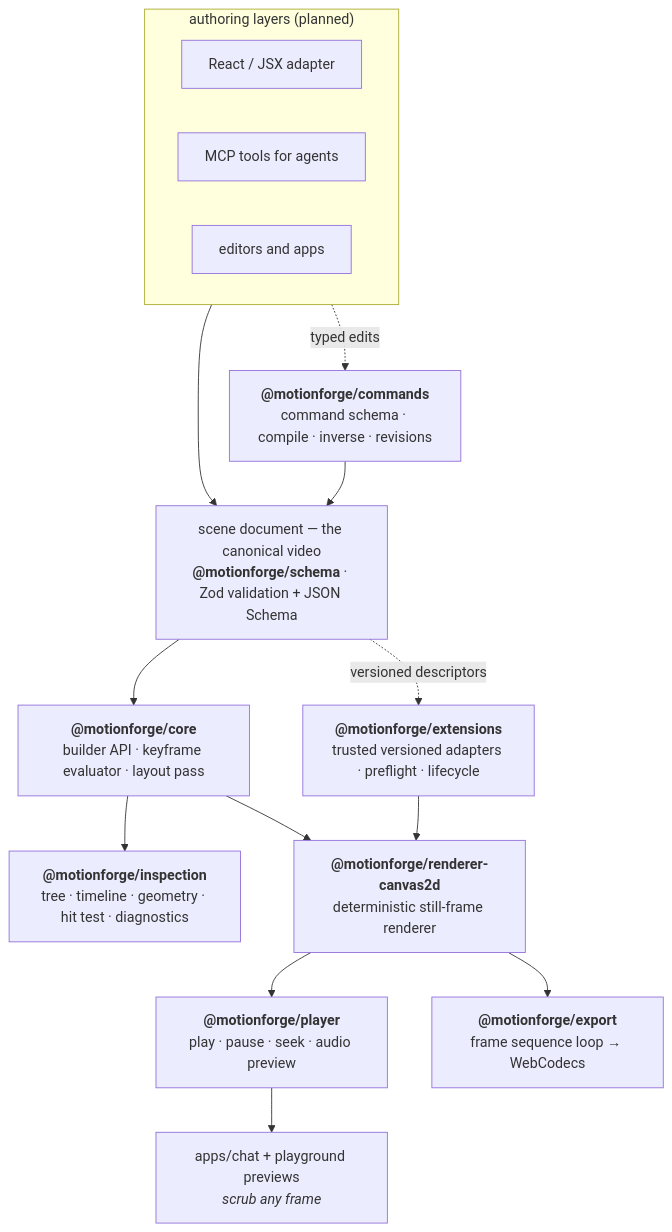
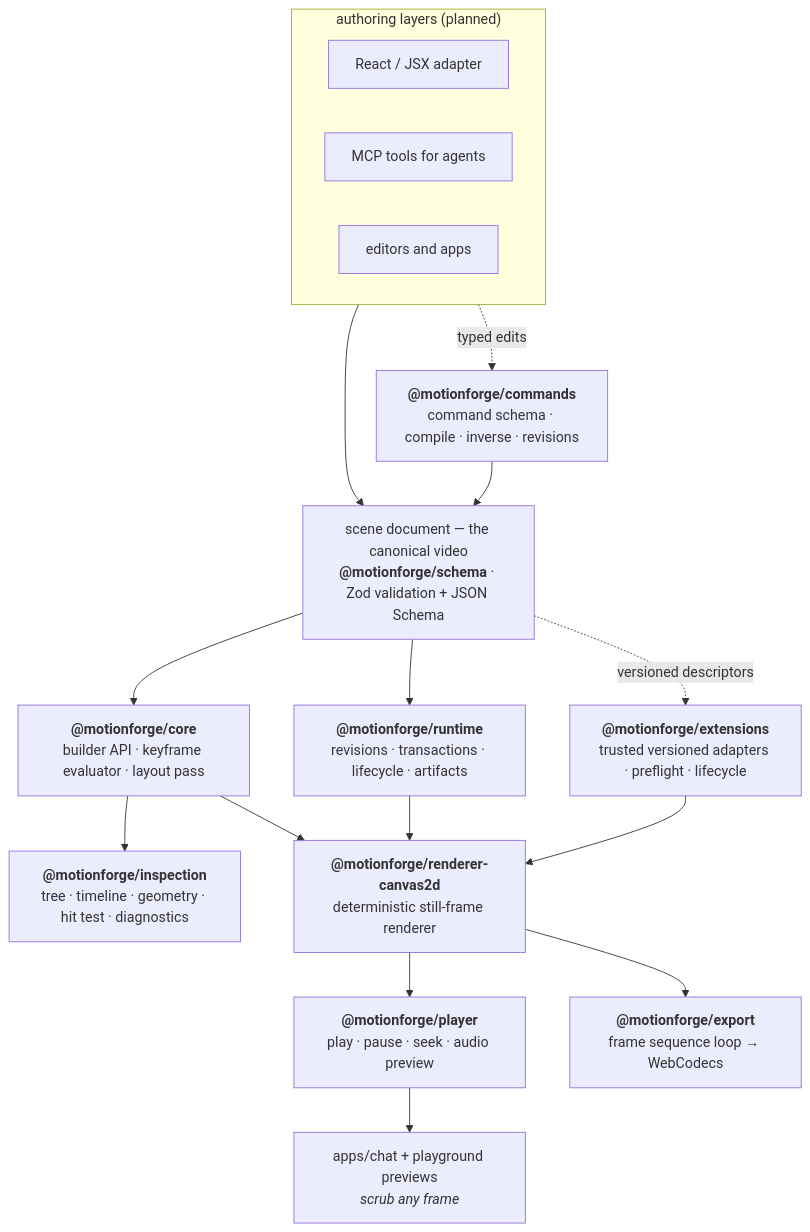
Before and after one commit to PansaLegrand/dojo-video-engine: the second of 2 diagrams in README.md, drawn with Mermaid. The commit also changed other lines of this file and 56 other files, not shown here.

Commit message:
feat(runtime): add reusable prepared scene sessions

````diff
--- a/README.md
+++ b/README.md
@@ -54,22 +54,24 @@
 ```mermaid
 flowchart TB
     subgraph adapters ["authoring layers (planned)"]
         direction LR
         JSX["React / JSX adapter"]
         MCP["MCP tools for agents"]
         ED["editors and apps"]
     end
 
     adapters --> SCENE["scene document — the canonical video<br/><b>@motionforge/schema</b> · Zod validation + JSON Schema"]
     adapters -. "typed edits" .-> COMMANDS["<b>@motionforge/commands</b><br/>command schema · compile · inverse · revisions"]
     COMMANDS --> SCENE
 
+    SCENE --> RUNTIME["<b>@motionforge/runtime</b><br/>revisions · transactions · lifecycle · artifacts"]
     SCENE --> CORE["<b>@motionforge/core</b><br/>builder API · keyframe evaluator · layout pass"]
     CORE --> INSPECT["<b>@motionforge/inspection</b><br/>tree · timeline · geometry · hit test · diagnostics"]
     SCENE -. "versioned descriptors" .-> EXT["<b>@motionforge/extensions</b><br/>trusted versioned adapters · preflight · lifecycle"]
     EXT --> R2D
+    RUNTIME --> R2D
     CORE --> R2D["<b>@motionforge/renderer-canvas2d</b><br/>deterministic still-frame renderer"]
     R2D --> PLAYER["<b>@motionforge/player</b><br/>play · pause · seek · audio preview"]
     PLAYER --> PREVIEW["apps/chat + playground previews<br/><i>scrub any frame</i>"]
     R2D --> EXPORT["<b>@motionforge/export</b><br/>frame sequence loop → WebCodecs"]
 ```
````
